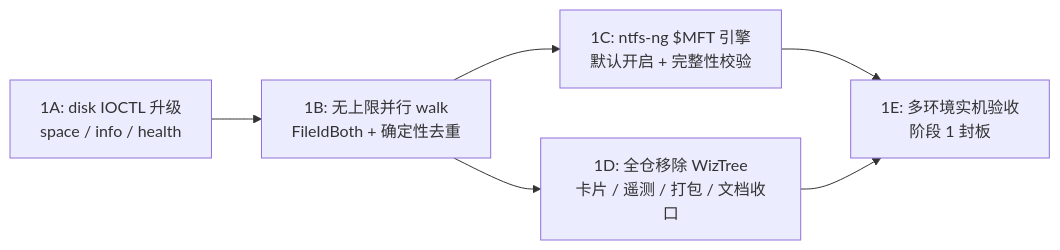
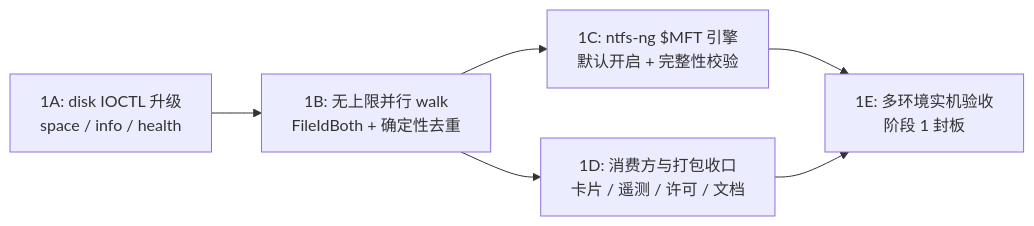
The second of 2 diagrams in doc/rust/plan/9.3.optimization.md (SCAU-Computer-Serving-Team/cst-pilot), drawn with Mermaid before and after one commit. The commit also changed other lines of this file and 9 other files, not shown here.

Commit message:
docs(fff): finalize whole-pc fffind/ffgrep specs, ADR-025, and clean WizTree doc residue

````diff
--- a/doc/rust/plan/9.3.optimization.md
+++ b/doc/rust/plan/9.3.optimization.md
@@ -75,8 +75,8 @@
 ```mermaid
 flowchart LR
     S1A["1A: disk IOCTL 升级<br/>space / info / health"] --> S1B["1B: 无上限并行 walk<br/>FileIdBoth + 确定性去重"]
     S1B --> S1C["1C: ntfs-ng $MFT 引擎<br/>默认开启 + 完整性校验"]
-    S1B --> S1D["1D: 全仓移除 WizTree<br/>卡片 / 遥测 / 打包 / 文档收口"]
+    S1B --> S1D["1D: 消费方与打包收口<br/>卡片 / 遥测 / 许可 / 文档"]
     S1C --> S1E["1E: 多环境实机验收<br/>阶段 1 封板"]
     S1D --> S1E
 ```
````
